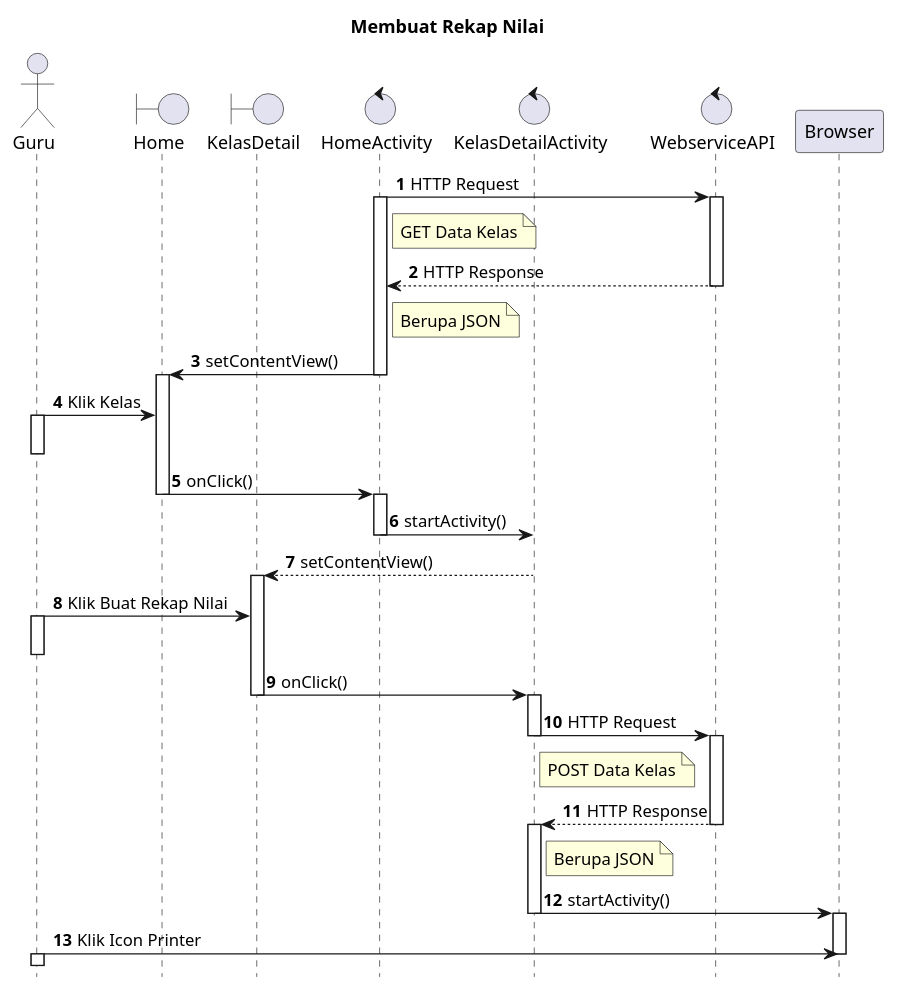
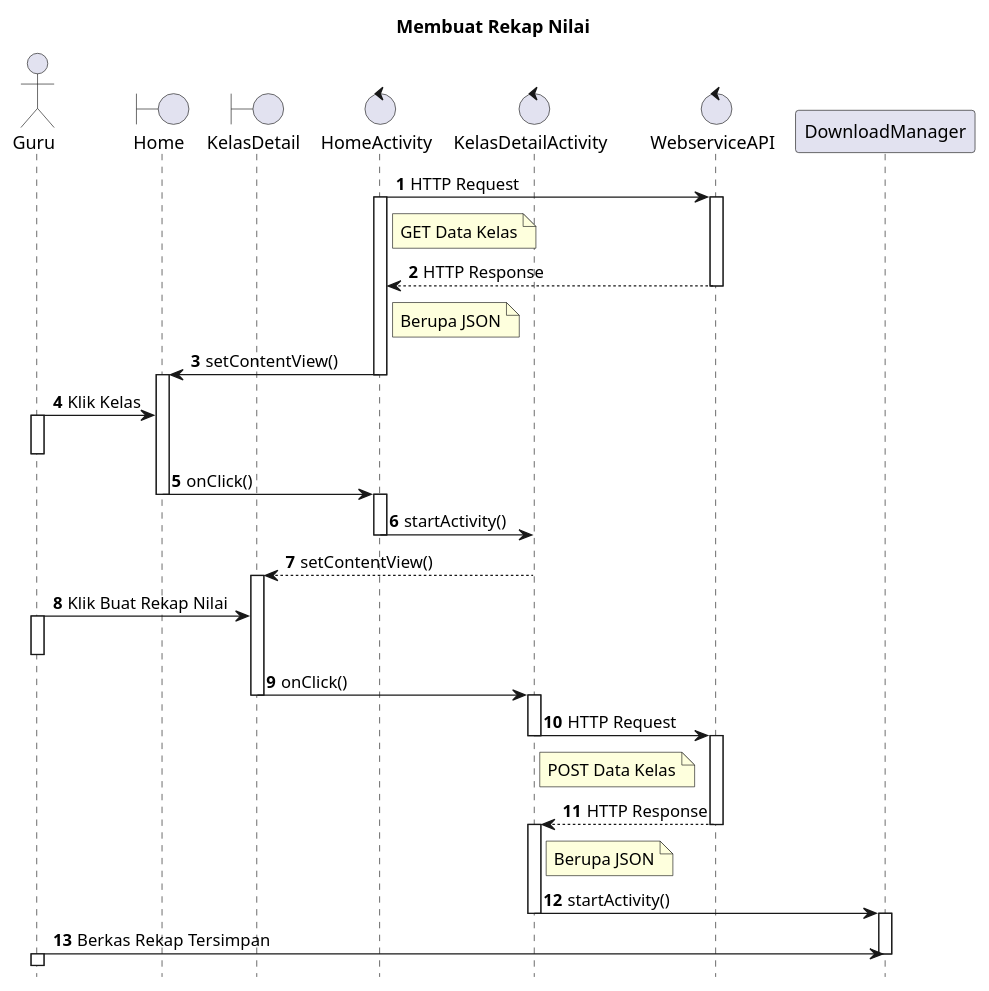
Before and after one commit to rez-f/SmartGuru: the diagram in app/src/main/java/apps/rez/com/smartguru/UML/Sequence Mencetak Rekap Nilai.puml, drawn with PlantUML. The commit also changed 4 other files, not shown here.

```diff
--- a/app/src/main/java/apps/rez/com/smartguru/UML/Sequence Mencetak Rekap Nilai.puml
+++ b/app/src/main/java/apps/rez/com/smartguru/UML/Sequence Mencetak Rekap Nilai.puml
@@ -1,78 +1,78 @@
 @startuml
 
 autonumber
 hide footbox
 title Membuat Rekap Nilai
 
 Actor Guru
 boundary Home
 boundary KelasDetail
 control HomeActivity
 control KelasDetailActivity
 control WebserviceAPI
 
 HomeActivity -> WebserviceAPI : HTTP Request
     activate HomeActivity
     activate WebserviceAPI
     note right of HomeActivity
     GET Data Kelas
         end note
 
     return HTTP Response
 
     note right of HomeActivity
     Berupa JSON
          end note
 
 HomeActivity -> Home : setContentView()
     deactivate HomeActivity
     activate Home
 
 Guru -> Home : Klik Kelas
     activate Guru
     deactivate Guru
 
 Home -> HomeActivity : onClick()
     deactivate Home
     activate HomeActivity
 
 HomeActivity -> KelasDetailActivity : startActivity()
     deactivate HomeActivity
 
 KelasDetailActivity --> KelasDetail : setContentView()
     deactivate KelasDetailActivity
     activate KelasDetail
 
 Guru -> KelasDetail : Klik Buat Rekap Nilai
     activate Guru
     deactivate Guru
 
 KelasDetail -> KelasDetailActivity : onClick()
     deactivate KelasDetail
     activate KelasDetailActivity
 
 KelasDetailActivity -> WebserviceAPI : HTTP Request
     deactivate KelasDetailActivity
     activate WebserviceAPI
     note right of KelasDetailActivity
     POST Data Kelas
         end note
 
     return HTTP Response
 
     activate KelasDetailActivity
 
     note right of KelasDetailActivity
     Berupa JSON
         end note
 
-KelasDetailActivity -> Browser : startActivity()
+KelasDetailActivity -> DownloadManager : startActivity()
     deactivate KelasDetailActivity
-    activate Browser
+    activate DownloadManager
 
-Guru -> Browser : Klik Icon Printer
-    deactivate Browser
+Guru -> DownloadManager : Berkas Rekap Tersimpan
+    deactivate DownloadManager
     activate Guru
     deactivate Guru
 
 @enduml
```
